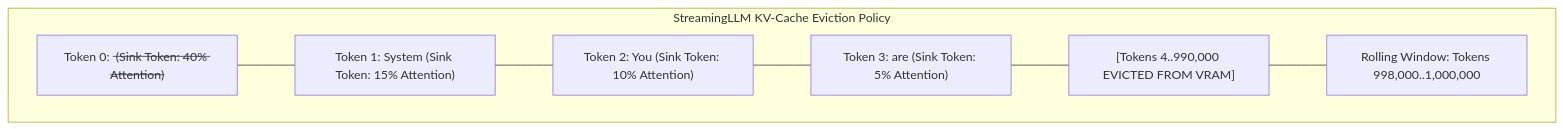
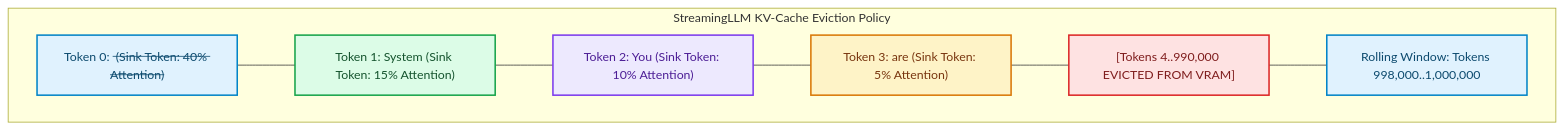
The second of 2 diagrams in blog/posts/kv-cache-compression-long-context-streamingllm-snapkv-h2o.md (akmalkhaniub/akmalkhaniub.github.io), drawn with Mermaid before and after one commit. The commit also changed other lines of this file and 1291 other files, not shown here.

First line of the commit message:
feat(catalog): unique covers, scholarly references, and diagram palettes

````diff
--- a/blog/posts/kv-cache-compression-long-context-streamingllm-snapkv-h2o.md
+++ b/blog/posts/kv-cache-compression-long-context-streamingllm-snapkv-h2o.md
@@ -70,15 +81,26 @@
 ```mermaid
 flowchart TD
   subgraph SG4_StreamingllmKvCache ["StreamingLLM KV-Cache Eviction Policy"]
     T0["Token 0: <s> (Sink Token: 40% Attention)"]
     T1["Token 1: System (Sink Token: 15% Attention)"]
     T2["Token 2: You (Sink Token: 10% Attention)"]
     T3["Token 3: are (Sink Token: 5% Attention)"]
     
     Evicted["[Tokens 4..990,000 EVICTED FROM VRAM]"]
     
     Rolling["Rolling Window: Tokens 998,000..1,000,000"]
     
     T0 --- T1 --- T2 --- T3 --- Evicted --- Rolling
   end
+
+classDef green fill:#dcfce7,stroke:#16a34a,stroke-width:2px,color:#14532d;
+classDef red fill:#fee2e2,stroke:#dc2626,stroke-width:2px,color:#7f1d1d;
+classDef blue fill:#e0f2fe,stroke:#0284c7,stroke-width:2px,color:#0c4a6e;
+classDef yellow fill:#fef3c7,stroke:#d97706,stroke-width:2px,color:#78350f;
+classDef purple fill:#ede9fe,stroke:#7c3aed,stroke-width:2px,color:#4c1d95;
+class T0,Rolling blue
+class T1 green
+class T2 purple
+class T3 yellow
+class Evicted red
 ```
````
